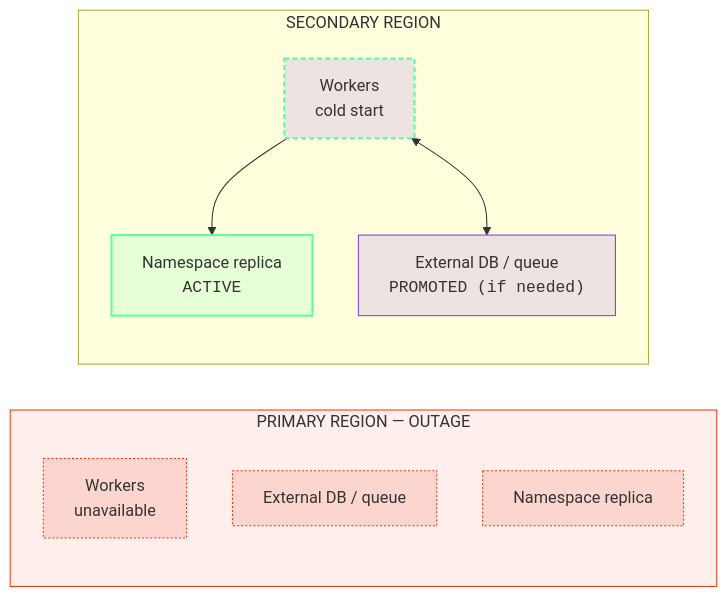
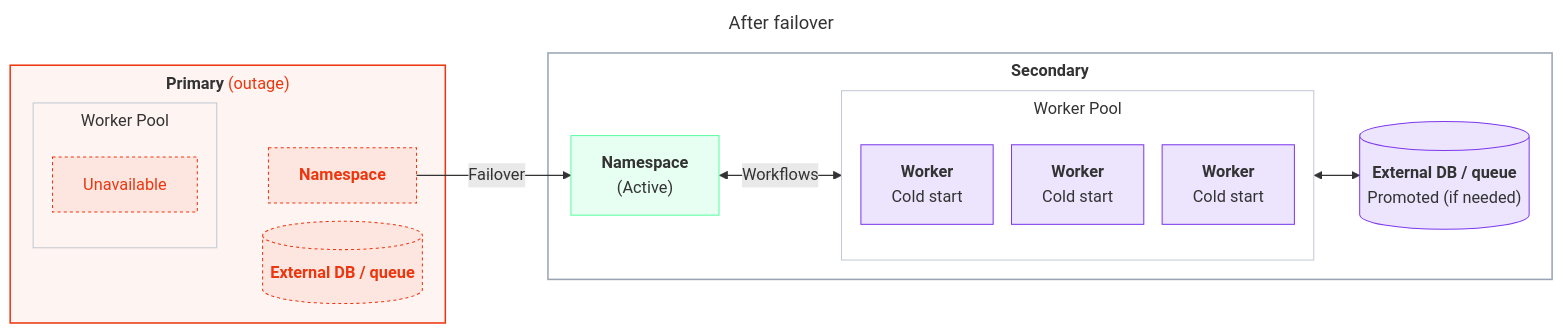
Before and after one commit to temporalio/documentation: the eighth of 14 diagrams in docs/cloud/high-availability/deployment-patterns.mdx, drawn with Mermaid. The commit also changed other lines of this file and 3 other files, not shown here.

````diff
--- a/docs/cloud/high-availability/deployment-patterns.mdx
+++ b/docs/cloud/high-availability/deployment-patterns.mdx
@@ -122,24 +326,37 @@
 ```mermaid
-%%{init: {'themeVariables':{'fontFamily':'Inter, ui-sans-serif, system-ui, sans-serif'},'flowchart':{'nodeSpacing':45,'rankSpacing':70,'curve':'basis'}}}%%
+---
+title: After failover
+---
+%%{init: {'themeVariables':{'fontFamily':'Inter, ui-sans-serif, system-ui, sans-serif'},'flowchart':{'nodeSpacing':18,'rankSpacing':45,'curve':'basis','subGraphTitleMargin':{'top':6,'bottom':12}}}}%%
 flowchart LR
-  classDef tcloud fill:#59FDA024,stroke:#59FDA0,stroke-width:2px;
-  classDef wactive fill:#7C3AED22,stroke:#59FDA0,stroke-width:2px;
-  classDef wnew fill:#7C3AED22,stroke:#59FDA0,stroke-width:2px,stroke-dasharray:5 3;
-  classDef ext fill:#7C3AED22,stroke:#7C3AED,stroke-width:1px;
-  classDef down fill:#ED360E22,stroke:#ED360E,stroke-width:1px,stroke-dasharray:2 2;
-  subgraph P["PRIMARY REGION — OUTAGE"]
-    direction TB
-    W1["Workers<br/>unavailable"]:::down
-    DB1["External DB / queue"]:::down
-    R1["Namespace replica"]:::down
-  end
-  subgraph S["SECONDARY REGION"]
-    direction TB
-    W2["Workers<br/>cold start"]:::wnew
-    DB2["External DB / queue<br/><samp>PROMOTED (if needed)</samp>"]:::ext
-    R2["Namespace replica<br/><samp>ACTIVE</samp>"]:::tcloud
-  end
-  W2 --> R2
-  W2 <--> DB2
-  style P fill:#ED360E14,stroke:#ED360E
+    classDef worker fill:#7C3AED22,stroke:#7C3AED,stroke-width:1px;
+    classDef ns fill:#59FDA024,stroke:#59FDA0,stroke-width:1px;
+    classDef ext fill:#7C3AED22,stroke:#7C3AED,stroke-width:1px;
+    classDef down fill:#ED360E14,stroke:#ED360E,stroke-width:1px,stroke-dasharray:3 3,color:#ED360E;
+    classDef region fill:transparent,stroke:#9aa4b2,stroke-width:1.5px;
+    classDef regiondown fill:#ED360E0D,stroke:#ED360E,stroke-width:1.5px;
+    classDef pool fill:transparent,stroke:#c2c8d2,stroke-width:1px;
+    subgraph DCFPRI["<b>Primary</b> <span style='color:#ED360E'>(outage)</span>"]
+      subgraph DCFWP["Worker Pool"]
+        DCFW1["Unavailable"]:::down
+      end
+      DCFNS["<b>Namespace</b>"]:::down
+      DCFDB[("<b>External DB / queue</b>")]:::down
+      DCFWP ~~~ DCFNS
+    end
+    subgraph DCFSEC["<b>Secondary</b>"]
+      DCFN["<b>Namespace</b><br/>(Active)"]:::ns
+      subgraph DCFSP["Worker Pool"]
+        DCFSW1["<b>Worker</b><br/>Cold start"]:::worker
+        DCFSW2["<b>Worker</b><br/>Cold start"]:::worker
+        DCFSW3["<b>Worker</b><br/>Cold start"]:::worker
+      end
+      DCFDB2[("<b>External DB / queue</b><br/>Promoted (if needed)")]:::ext
+      DCFN <-->|Workflows| DCFSP
+      DCFSP <--> DCFDB2
+    end
+    DCFNS -->|"Failover"| DCFN
+    class DCFPRI regiondown
+    class DCFSEC region
+    class DCFWP,DCFSP pool
 ```
````
